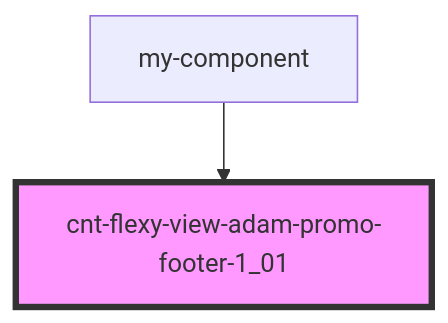
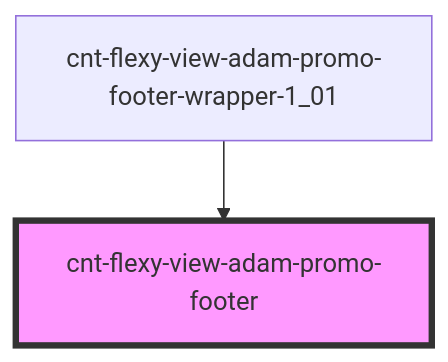
One commit to almalib/s-promo changed the diagram in src/components/cnt-flexy-view-adam-promo-footer-wrapper/res/view/cnt-flexy-view-adam-promo-footer/readme.md. Above: the diagram before and after it, drawn with Mermaid. The commit also changed other lines of this file and 134 other files, not shown here.

````diff
--- a/src/components/cnt-flexy-view-adam-promo-footer-wrapper/res/view/cnt-flexy-view-adam-promo-footer/readme.md
+++ b/src/components/cnt-flexy-view-adam-promo-footer-wrapper/res/view/cnt-flexy-view-adam-promo-footer/readme.md
@@ -22,5 +22,5 @@
 ```mermaid
 graph TD;
-  my-component --> cnt-flexy-view-adam-promo-footer-1_01
-  style cnt-flexy-view-adam-promo-footer-1_01 fill:#f9f,stroke:#333,stroke-width:4px
+  cnt-flexy-view-adam-promo-footer-wrapper-1_01 --> cnt-flexy-view-adam-promo-footer
+  style cnt-flexy-view-adam-promo-footer fill:#f9f,stroke:#333,stroke-width:4px
 ```
````
